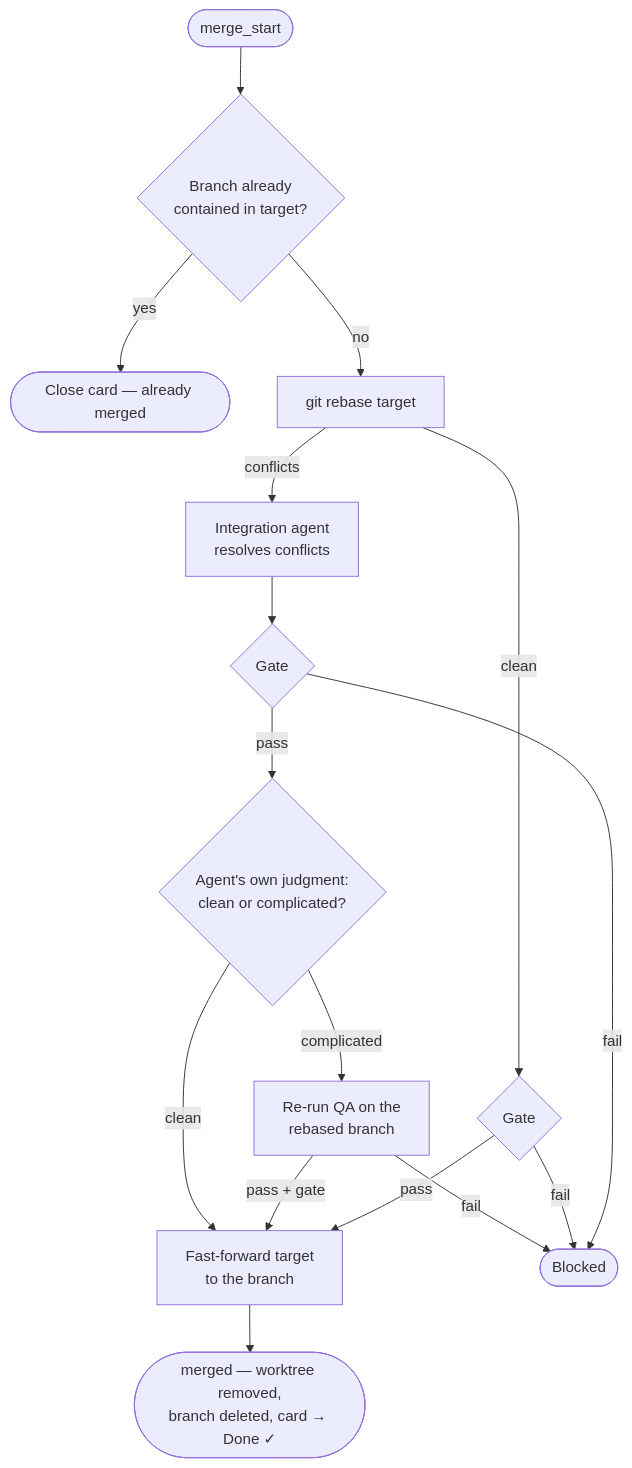
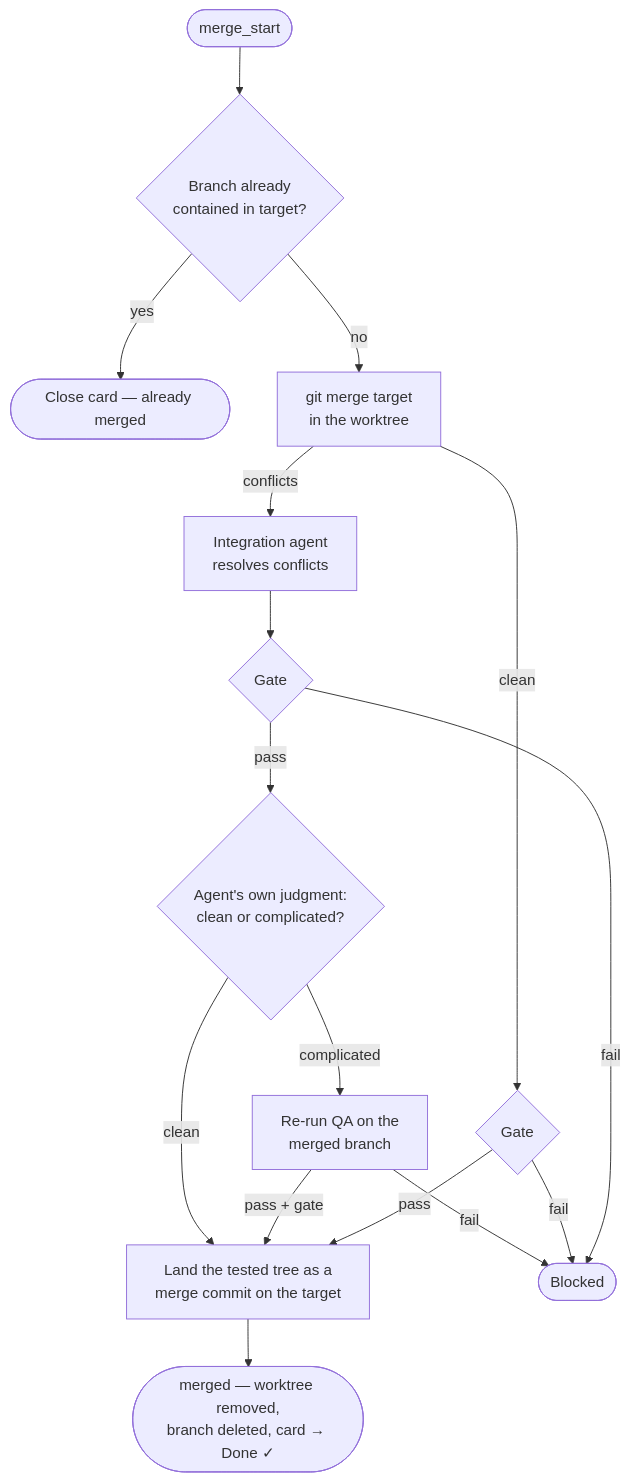
One commit to rdaruszka/jfdi changed the diagram in docs/guide/integration.md. Above: the diagram before and after it, drawn with Mermaid. The commit also changed other lines of this file and 11 other files, not shown here.

First line of the commit message:
Docs: integration lands a merge commit

````diff
--- a/docs/guide/integration.md
+++ b/docs/guide/integration.md
@@ -14,18 +14,18 @@
 ```mermaid
 flowchart TD
     START([merge_start]) --> AM{Branch already<br/>contained in target?}
     AM -->|yes| CLOSE([Close card — already merged])
-    AM -->|no| REBASE[git rebase target]
-    REBASE -->|clean| GATE1{Gate}
-    REBASE -->|conflicts| AGENT[Integration agent<br/>resolves conflicts]
+    AM -->|no| MERGE[git merge target<br/>in the worktree]
+    MERGE -->|clean| GATE1{Gate}
+    MERGE -->|conflicts| AGENT[Integration agent<br/>resolves conflicts]
     AGENT --> GATE2{Gate}
     GATE2 -->|pass| JUDGE{Agent's own judgment:<br/>clean or complicated?}
-    JUDGE -->|clean| FF
-    JUDGE -->|complicated| REQA[Re-run QA on the<br/>rebased branch]
-    REQA -->|pass + gate| FF[Fast-forward target<br/>to the branch]
+    JUDGE -->|clean| LAND
+    JUDGE -->|complicated| REQA[Re-run QA on the<br/>merged branch]
+    REQA -->|pass + gate| LAND[Land the tested tree as a<br/>merge commit on the target]
     REQA -->|fail| BLOCKED([Blocked])
-    GATE1 -->|pass| FF
+    GATE1 -->|pass| LAND
     GATE1 -->|fail| BLOCKED
     GATE2 -->|fail| BLOCKED
-    FF --> DONE([merged — worktree removed,<br/>branch deleted, card → Done ✓])
+    LAND --> DONE([merged — worktree removed,<br/>branch deleted, card → Done ✓])
 ```
````
